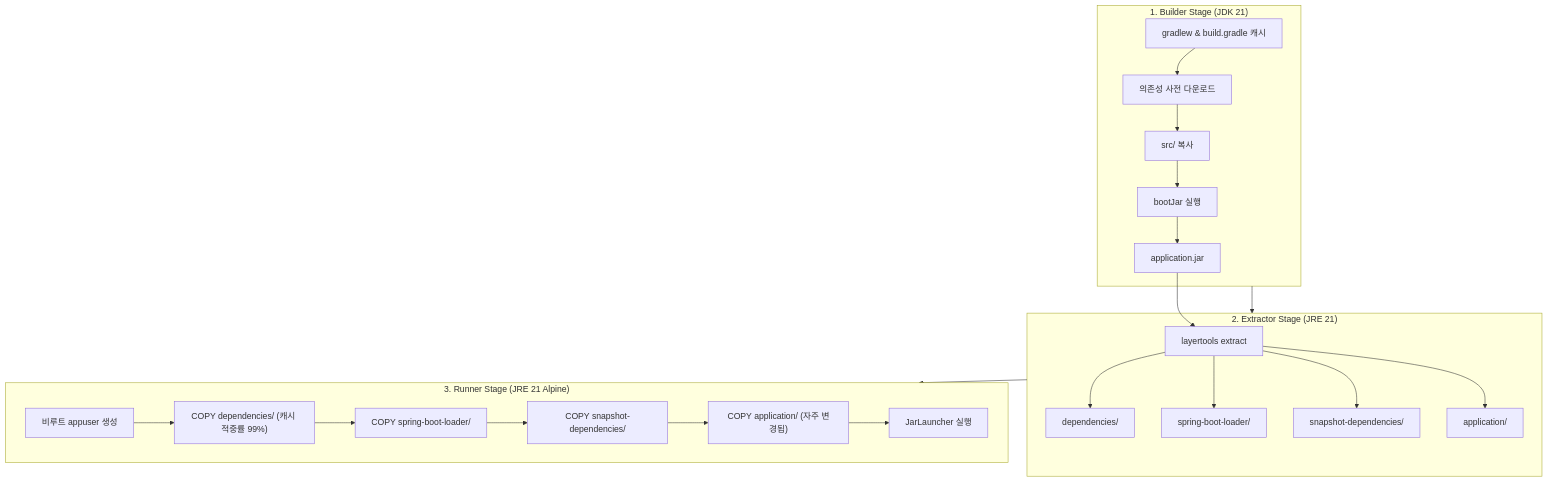
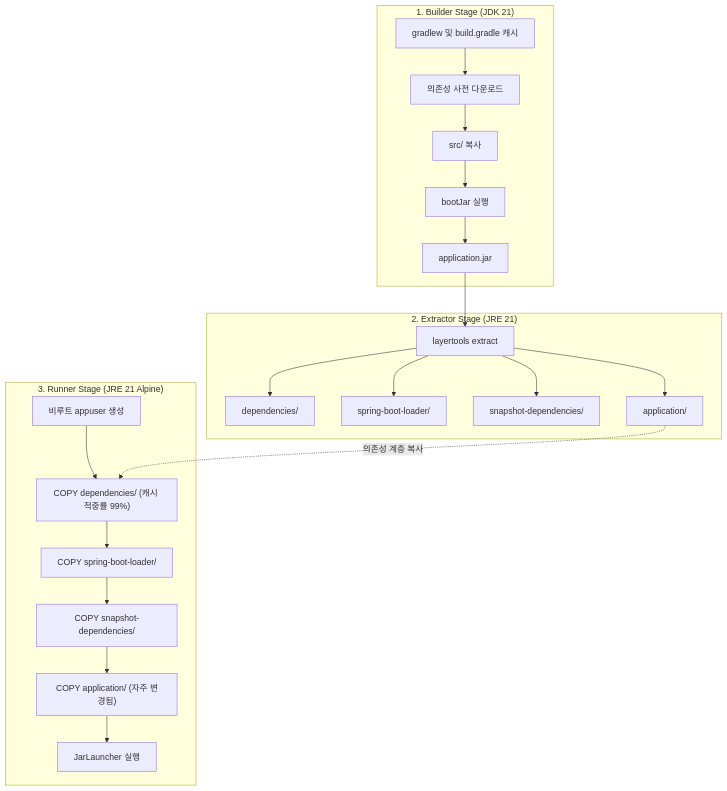
The third of 3 diagrams in _posts/Docker/Image/2026-06-01-docker-image-multistage-build.md (cmsong111/blog), drawn with Mermaid before and after one commit. The commit also changed other lines of this file and 96 other files, not shown here.

````diff
--- a/_posts/Docker/Image/2026-06-01-docker-image-multistage-build.md
+++ b/_posts/Docker/Image/2026-06-01-docker-image-multistage-build.md
@@ -197,28 +195,24 @@
 ```mermaid
 flowchart TD
     subgraph Stage1["1. Builder Stage (JDK 21)"]
-        G_CACHE["gradlew & build.gradle 캐시"] --> G_DEP["의존성 사전 다운로드"]
+        G_CACHE["gradlew 및 build.gradle 캐시"] --> G_DEP["의존성 사전 다운로드"]
         G_DEP --> G_SRC["src/ 복사"]
         G_SRC --> G_BUILD["bootJar 실행"]
         G_BUILD --> JAR["application.jar"]
     end
-
     subgraph Stage2["2. Extractor Stage (JRE 21)"]
         JAR --> EXTRACT["layertools extract"]
         EXTRACT --> L1["dependencies/"]
         EXTRACT --> L2["spring-boot-loader/"]
         EXTRACT --> L3["snapshot-dependencies/"]
         EXTRACT --> L4["application/"]
     end
-
     subgraph Stage3["3. Runner Stage (JRE 21 Alpine)"]
         USER["비루트 appuser 생성"] --> C1["COPY dependencies/ (캐시 적중률 99%)"]
         C1 --> C2["COPY spring-boot-loader/"]
         C2 --> C3["COPY snapshot-dependencies/"]
         C3 --> C4["COPY application/ (자주 변경됨)"]
         C4 --> RUN["JarLauncher 실행"]
     end
-
-    Stage1 --> Stage2
-    Stage2 --> Stage3
+    L4 -.->|"의존성 계층 복사"| C1
 ```
````
